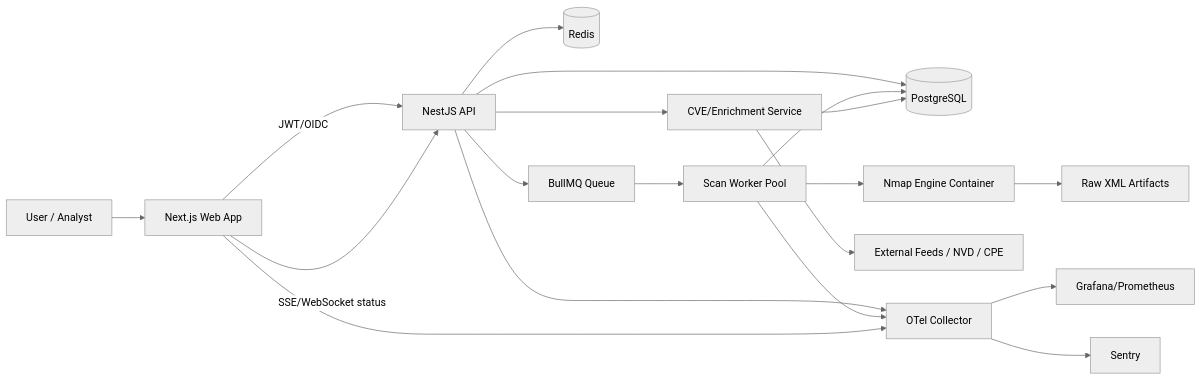
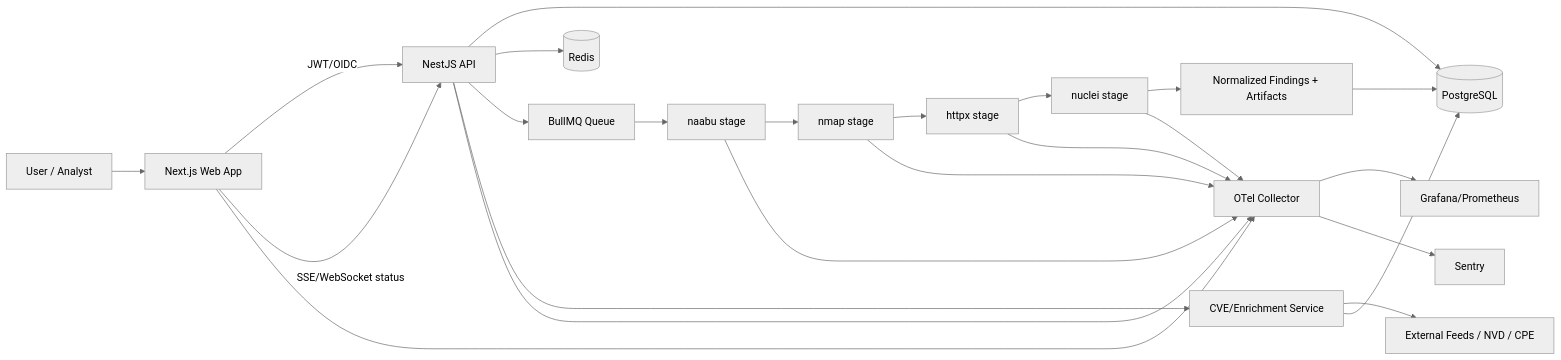
Before and after one commit to ComansServices/Project-Armadillo-v3: the diagram in docs/armadillo-v3-architecture.md, drawn with Mermaid (neutral theme). The commit also changed other lines of this file and 2 other files, not shown here.

Commit message:
docs(v3): adopt practical combo pipeline (naabu,nmap,httpx,nuclei) in architecture and roadmap

````diff
--- a/docs/armadillo-v3-architecture.md
+++ b/docs/armadillo-v3-architecture.md
@@ -14,25 +14,31 @@
 ```mermaid
 flowchart LR
   U[User / Analyst] --> W[Next.js Web App]
   W -->|JWT/OIDC| A[NestJS API]
   W -->|SSE/WebSocket status| A
 
   A --> P[(PostgreSQL)]
   A --> R[(Redis)]
   A --> Q[BullMQ Queue]
 
-  Q --> K[Scan Worker Pool]
-  K --> N[Nmap Engine Container]
-  N --> X[Raw XML Artifacts]
-  K --> P
+  Q --> N1[naabu stage]
+  N1 --> N2[nmap stage]
+  N2 --> N3[httpx stage]
+  N3 --> N4[nuclei stage]
+
+  N4 --> X[Normalized Findings + Artifacts]
+  X --> P
 
   A --> C[CVE/Enrichment Service]
   C --> E[External Feeds / NVD / CPE]
   C --> P
 
   A --> O[OTel Collector]
-  K --> O
+  N1 --> O
+  N2 --> O
+  N3 --> O
+  N4 --> O
   W --> O
   O --> G[Grafana/Prometheus]
   O --> S[Sentry]
 ```
````
